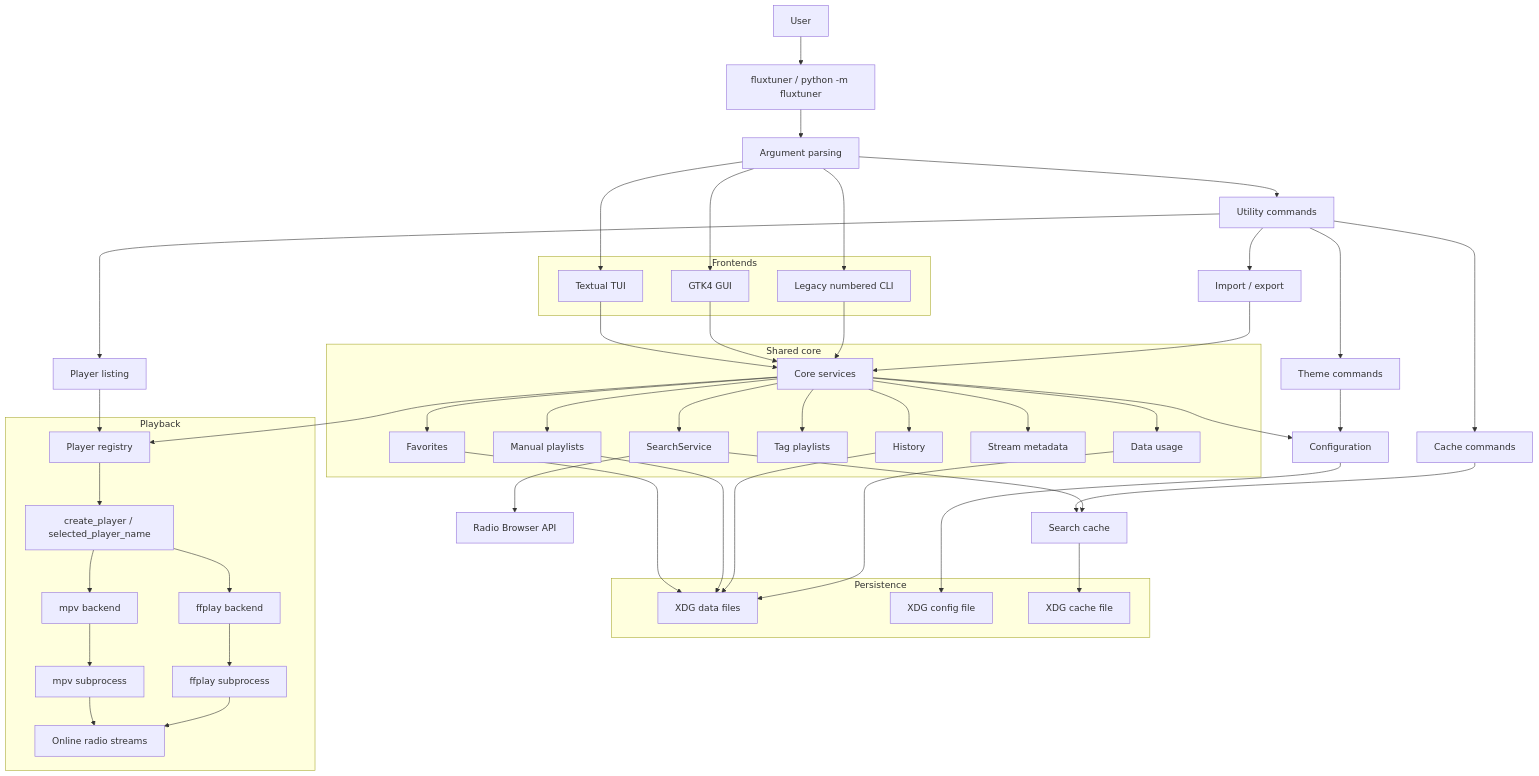
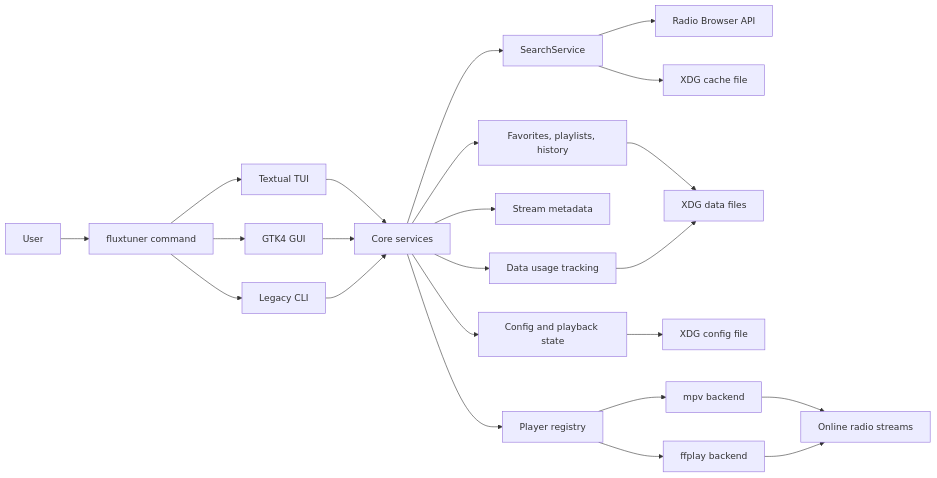
One commit to pitill0/fluxtuner changed the first of 2 diagrams in docs/architecture.md. Above: the diagram before and after it, drawn with Mermaid. The commit also changed other lines of this file and 2 other files, not shown here.

````diff
--- a/docs/architecture.md
+++ b/docs/architecture.md
@@ -15,85 +7,30 @@
 ```mermaid
-flowchart TB
-    User["User"] --> Entry["fluxtuner / python -m fluxtuner"]
+flowchart LR
+    User["User"] --> Entry["fluxtuner command"]
+    Entry --> TUI["Textual TUI"]
+    Entry --> GUI["GTK4 GUI"]
+    Entry --> CLI["Legacy CLI"]
 
-    Entry --> Argparse["Argument parsing"]
-    Argparse --> TUI["Textual TUI"]
-    Argparse --> GUI["GTK4 GUI"]
-    Argparse --> CLI["Legacy numbered CLI"]
-    Argparse --> Commands["Utility commands"]
+    TUI --> Services["Core services"]
+    GUI --> Services
+    CLI --> Services
 
-    Commands --> ImportExport["Import / export"]
-    Commands --> ThemeCommands["Theme commands"]
-    Commands --> CacheCommands["Cache commands"]
-    Commands --> PlayerCommands["Player listing"]
+    Services --> Search["SearchService"]
+    Services --> Library["Favorites, playlists, history"]
+    Services --> Metadata["Stream metadata"]
+    Services --> Usage["Data usage tracking"]
+    Services --> Config["Config and playback state"]
+    Services --> PlayerRegistry["Player registry"]
 
-    TUI --> Core["Core services"]
-    GUI --> Core
-    CLI --> Core
-    ImportExport --> Core
-    ThemeCommands --> Config["Configuration"]
-    CacheCommands --> Cache["Search cache"]
-    PlayerCommands --> Players["Player registry"]
+    Search --> RadioBrowser["Radio Browser API"]
 
-    Core --> SearchService["SearchService"]
-    Core --> Favorites["Favorites"]
-    Core --> ManualPlaylists["Manual playlists"]
-    Core --> TagPlaylists["Tag playlists"]
-    Core --> History["History"]
-    Core --> Metadata["Stream metadata"]
-    Core --> DataUsage["Data usage"]
-    Core --> Config
-    Core --> Players
+    PlayerRegistry --> MPV["mpv backend"]
+    PlayerRegistry --> FFPLAY["ffplay backend"]
+    MPV --> Streams["Online radio streams"]
+    FFPLAY --> Streams
 
-    SearchService --> RadioBrowser["Radio Browser API"]
-    SearchService --> Cache
-
-    Players --> Factory["create_player / selected_player_name"]
-    Factory --> MPV["mpv backend"]
-    Factory --> FFPLAY["ffplay backend"]
-
-    MPV --> MPVProcess["mpv subprocess"]
-    FFPLAY --> FFPLAYProcess["ffplay subprocess"]
-    MPVProcess --> Streams["Online radio streams"]
-    FFPLAYProcess --> Streams
-
-    Favorites --> DataFiles["XDG data files"]
-    ManualPlaylists --> DataFiles
-    History --> DataFiles
-    DataUsage --> DataFiles
-    Config --> ConfigFiles["XDG config file"]
-    Cache --> CacheFiles["XDG cache file"]
-
-    subgraph Frontends
-        TUI
-        GUI
-        CLI
-    end
-
-    subgraph SharedCore["Shared core"]
-        Core
-        SearchService
-        Favorites
-        ManualPlaylists
-        TagPlaylists
-        History
-        Metadata
-        DataUsage
-    end
-
-    subgraph Persistence
-        ConfigFiles
-        DataFiles
-        CacheFiles
-    end
-
-    subgraph Playback
-        Players
-        Factory
-        MPV
-        FFPLAY
-        MPVProcess
-        FFPLAYProcess
-        Streams
-    end
+    Library --> DataStorage["XDG data files"]
+    Usage --> DataStorage
+    Config --> ConfigStorage["XDG config file"]
+    Search --> CacheStorage["XDG cache file"]
 ```
````
